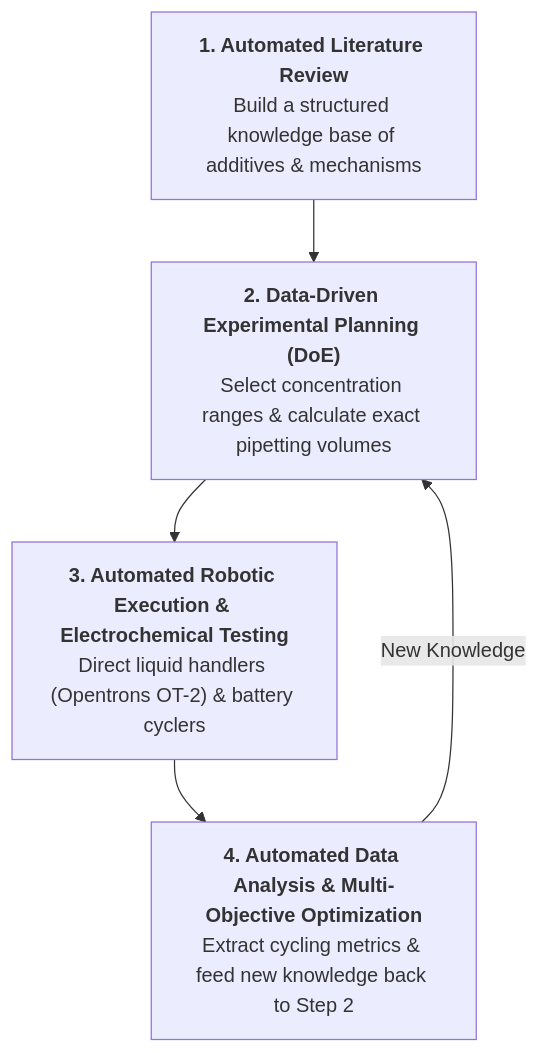
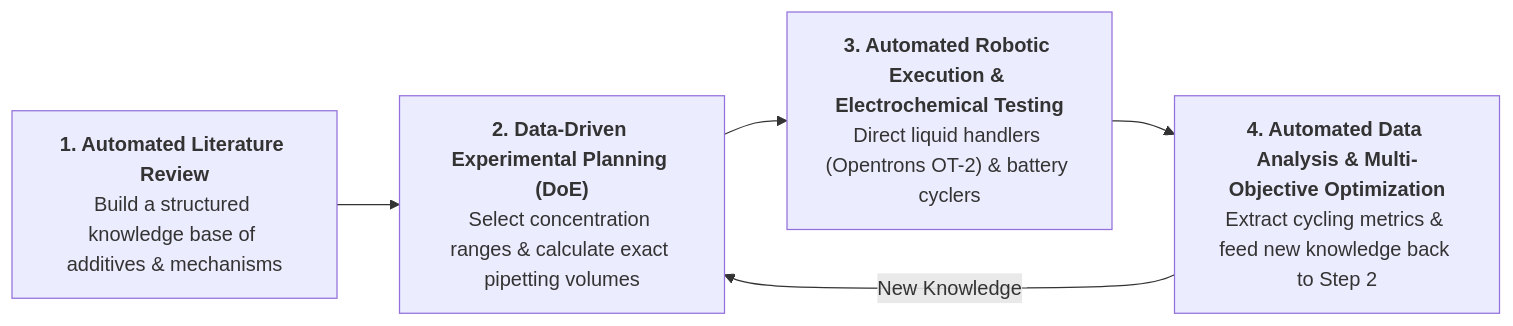
One commit to MarkJYCui/zinc-ion-battery-map changed the diagram in README.md. Above: the diagram before and after it, drawn with Mermaid.

Commit message:
Revise project overview and flowchart
Updated project description and flowchart in README.

````diff
--- a/README.md
+++ b/README.md
@@ -45,12 +45,12 @@
 ```mermaid
-flowchart TD
+flowchart LR
     A["<b>1. Automated Literature Review</b><br>Build a structured knowledge base of additives & mechanisms"] --> B
     B["<b>2. Data-Driven Experimental Planning (DoE)</b><br>Select concentration ranges & calculate exact pipetting volumes"]
     B --> C
     C["<b>3. Automated Robotic Execution & Electrochemical Testing</b><br>Direct liquid handlers (Opentrons OT-2) & battery cyclers"]
     C --> D
     D["<b>4. Automated Data Analysis & Multi-Objective Optimization</b><br>Extract cycling metrics & feed new knowledge back to Step 2"]
     
     %% The feedback loop back to Step 2
     D --"New Knowledge"--> B
 ```
````
